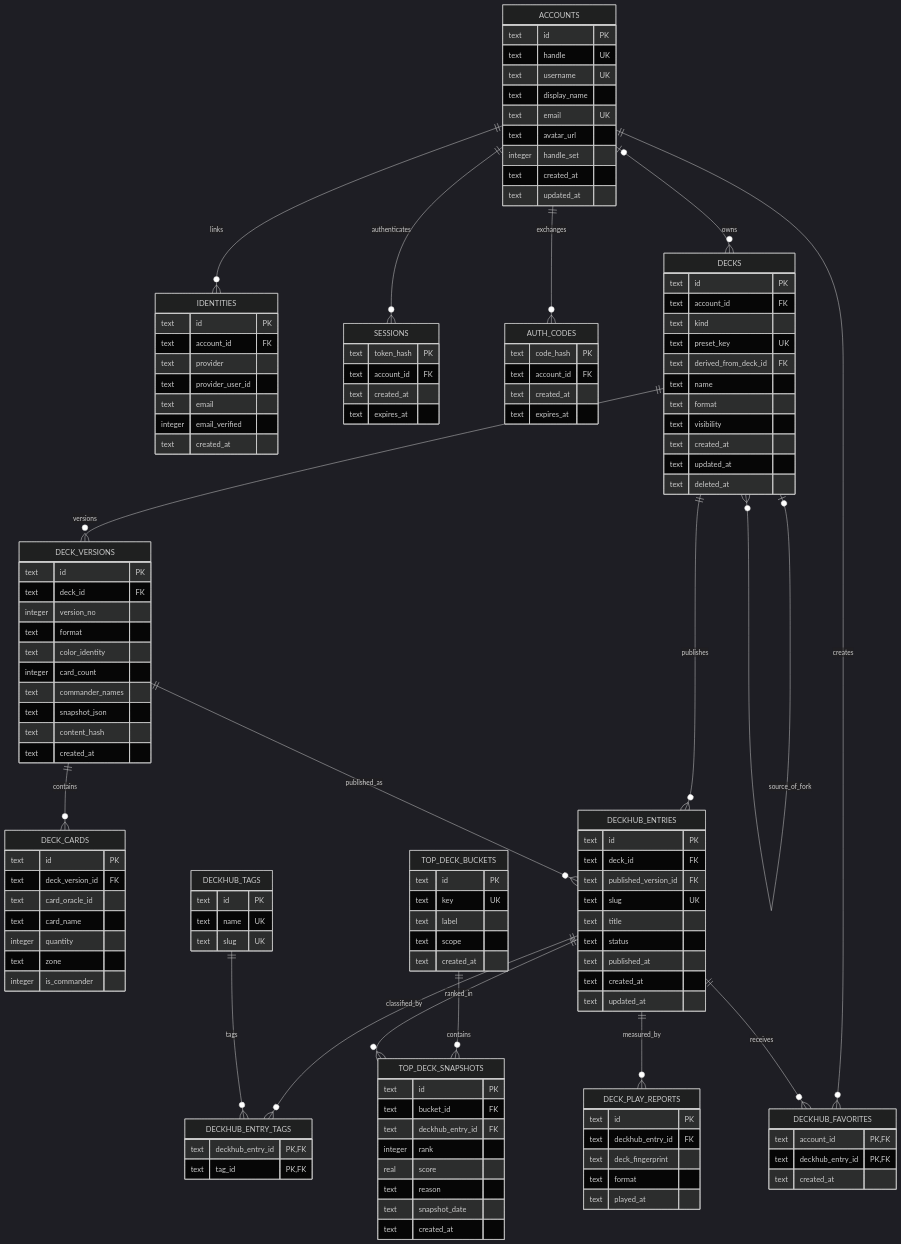
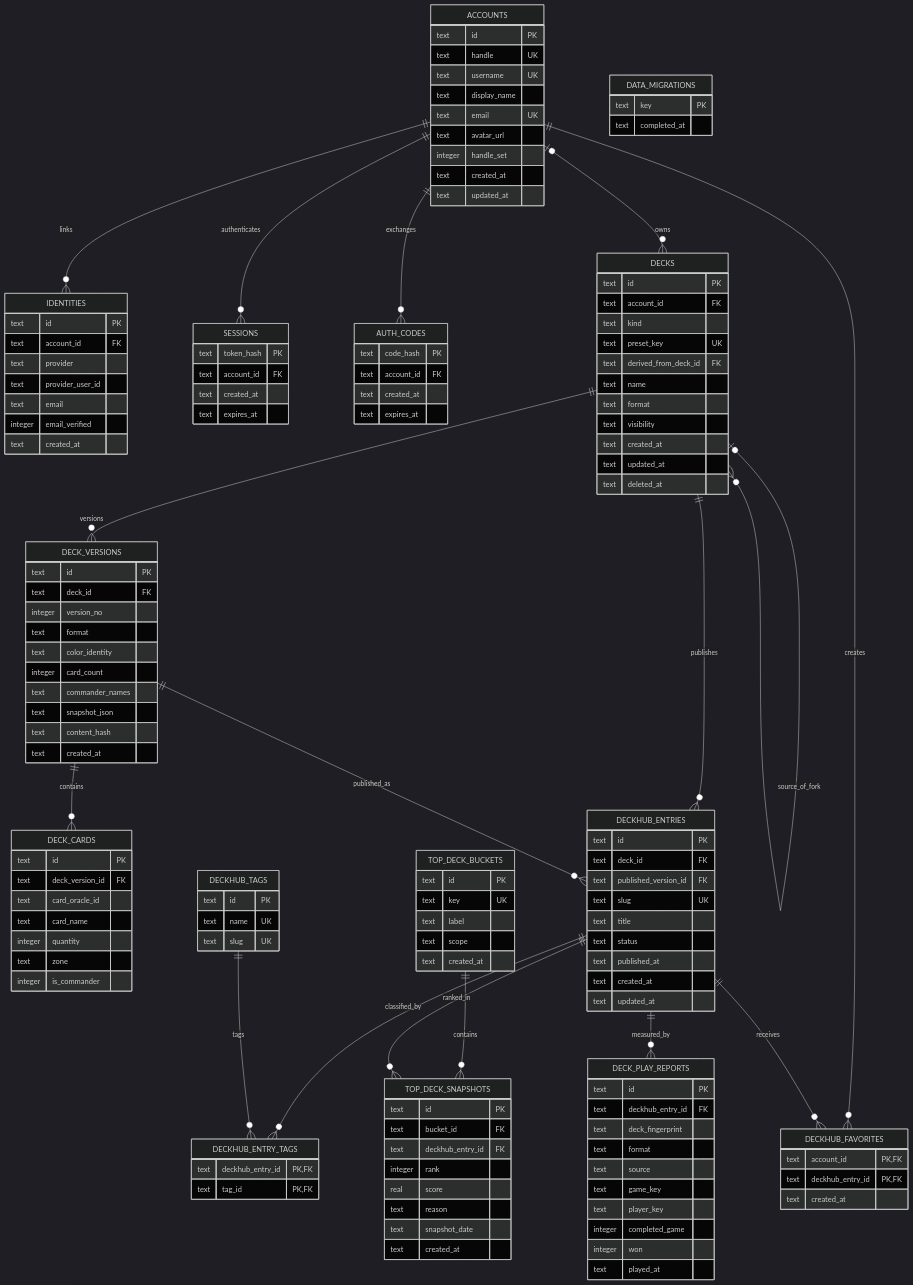
Before and after one commit to witchesofthehill/manabrew: the diagram in docs/README.md, drawn with Mermaid (dark theme). The commit also changed other lines of this file and 28 other files, not shown here.

```diff
--- a/docs/README.md
+++ b/docs/README.md
@@ -127,7 +127,17 @@
         text deckhub_entry_id FK
         text deck_fingerprint
         text format
+        text source
+        text game_key
+        text player_key
+        integer completed_game
+        integer won
         text played_at
+    }
+
+    DATA_MIGRATIONS {
+        text key PK
+        text completed_at
     }
 
     TOP_DECK_BUCKETS {
```
